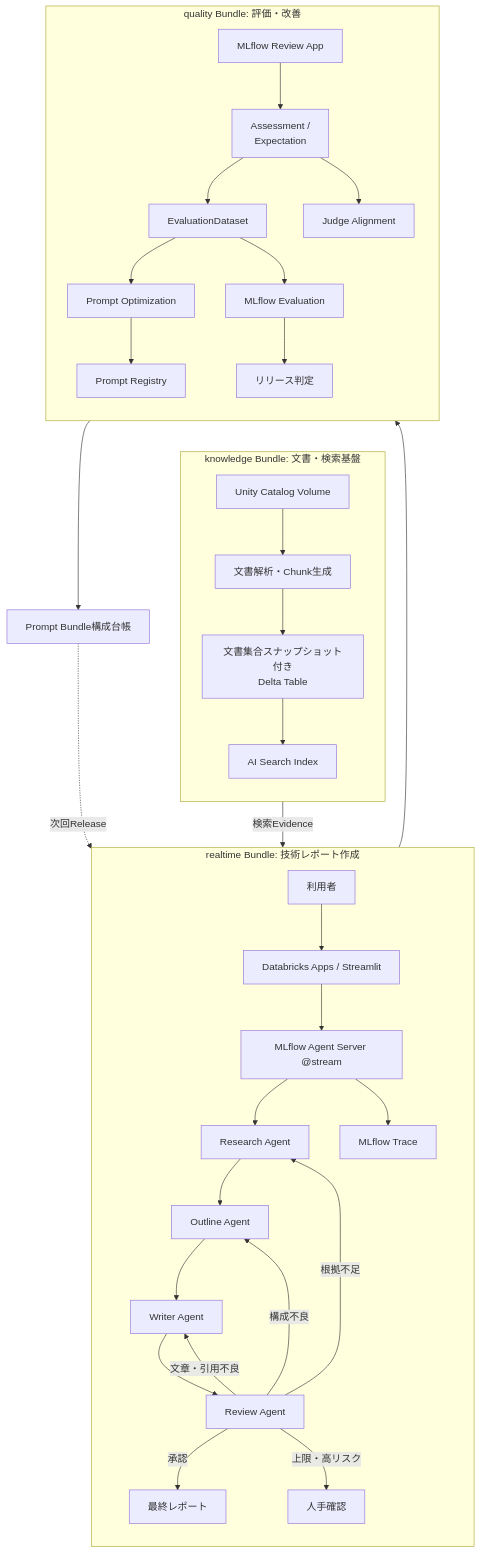
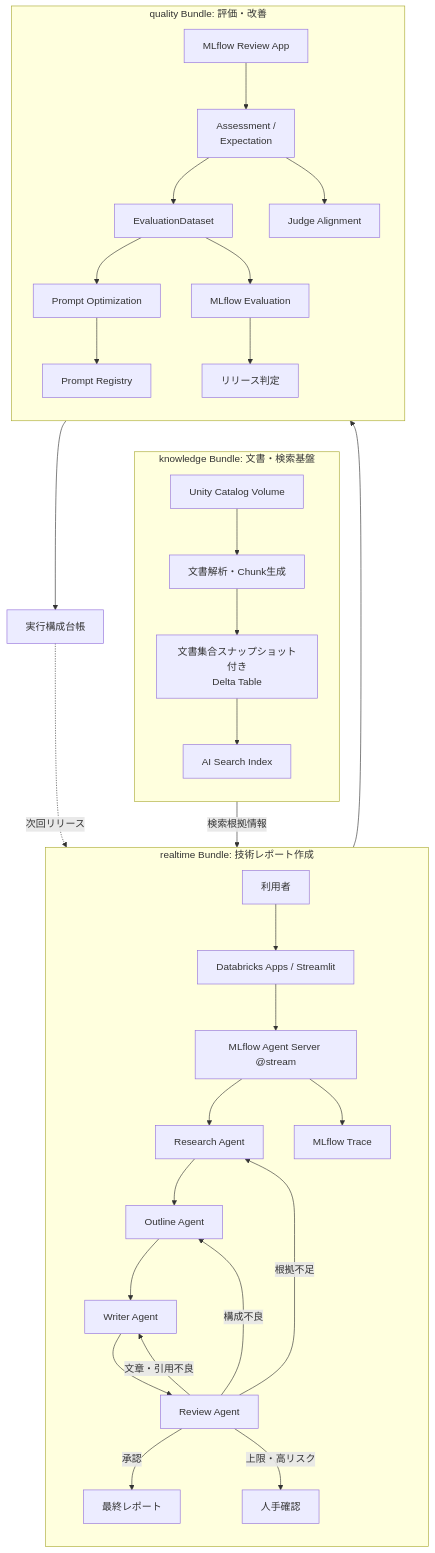
The second of 18 diagrams in 技術レポート作成マルチエージェント_完成版.md (junTaniguchi/llm_ops), drawn with Mermaid before and after one commit. The commit also changed other lines of this file, not shown here.

````diff
--- a/技術レポート作成マルチエージェント_完成版.md
+++ b/技術レポート作成マルチエージェント_完成版.md
@@ -71,41 +121,41 @@
 ```mermaid
 flowchart TB
     subgraph Knowledge["knowledge Bundle: 文書・検索基盤"]
         direction TB
         V["Unity Catalog Volume"] --> P["文書解析・Chunk生成"]
         P --> D["文書集合スナップショット付き<br/>Delta Table"]
         D --> I["AI Search Index"]
     end
 
     subgraph Realtime["realtime Bundle: 技術レポート作成"]
         direction TB
         U["利用者"] --> UI["Databricks Apps / Streamlit"]
         UI --> AS["MLflow Agent Server @stream"]
         AS --> RA["Research Agent"]
-        I -->|検索Evidence| RA
+        I -->|検索根拠情報| RA
         RA --> OA["Outline Agent"]
         OA --> WA["Writer Agent"]
         WA --> RV["Review Agent"]
         RV -->|承認| FR["最終レポート"]
         RV -->|根拠不足| RA
         RV -->|構成不良| OA
         RV -->|文章・引用不良| WA
         RV -->|上限・高リスク| HR["人手確認"]
         AS --> T["MLflow Trace"]
     end
 
     subgraph Quality["quality Bundle: 評価・改善"]
         direction TB
         T --> APP["MLflow Review App"]
         APP --> A["Assessment /<br/>Expectation"]
         A --> ED["EvaluationDataset"]
         ED --> EV["MLflow Evaluation"]
         ED --> PO["Prompt Optimization"]
         A --> JA["Judge Alignment"]
         PO --> PR["Prompt Registry"]
         EV --> G["リリース判定"]
     end
 
-    PR --> PB["Prompt Bundle構成台帳"]
-    PB -.->|次回Release| AS
+    PR --> PB["実行構成台帳"]
+    PB -.->|次回リリース| AS
 ```
````
